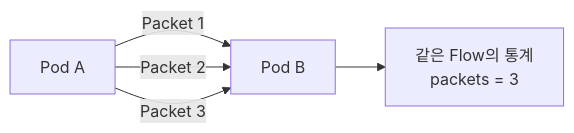
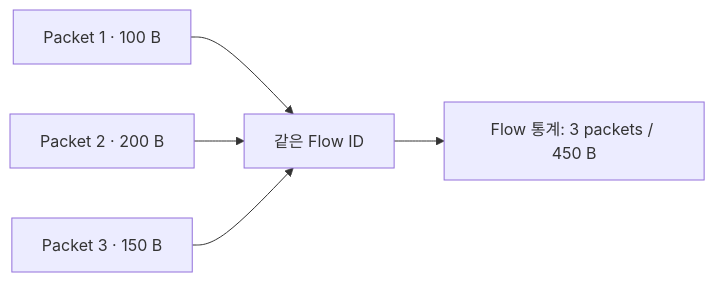
Before and after one commit to eunbyul2/eunbyul2.github.io: the second of 4 diagrams in _posts/study-Learning_ebpf/2026-10-17-OpenSource-NetObserv.md, drawn with Mermaid. The commit also changed other lines of this file, not shown here.

````diff
--- a/_posts/study-Learning_ebpf/2026-10-17-OpenSource-NetObserv.md
+++ b/_posts/study-Learning_ebpf/2026-10-17-OpenSource-NetObserv.md
@@ -74,7 +54,7 @@
 ```mermaid
 flowchart LR
-    A[Pod A] -->|Packet 1| B[Pod B]
-    A -->|Packet 2| B
-    A -->|Packet 3| B
-    B --> C[같은 Flow의 통계\npackets = 3]
+    P1["Packet 1 · 100 B"] --> ID["같은 Flow ID"]
+    P2["Packet 2 · 200 B"] --> ID
+    P3["Packet 3 · 150 B"] --> ID
+    ID --> M["Flow 통계: 3 packets / 450 B"]
 ```
````
